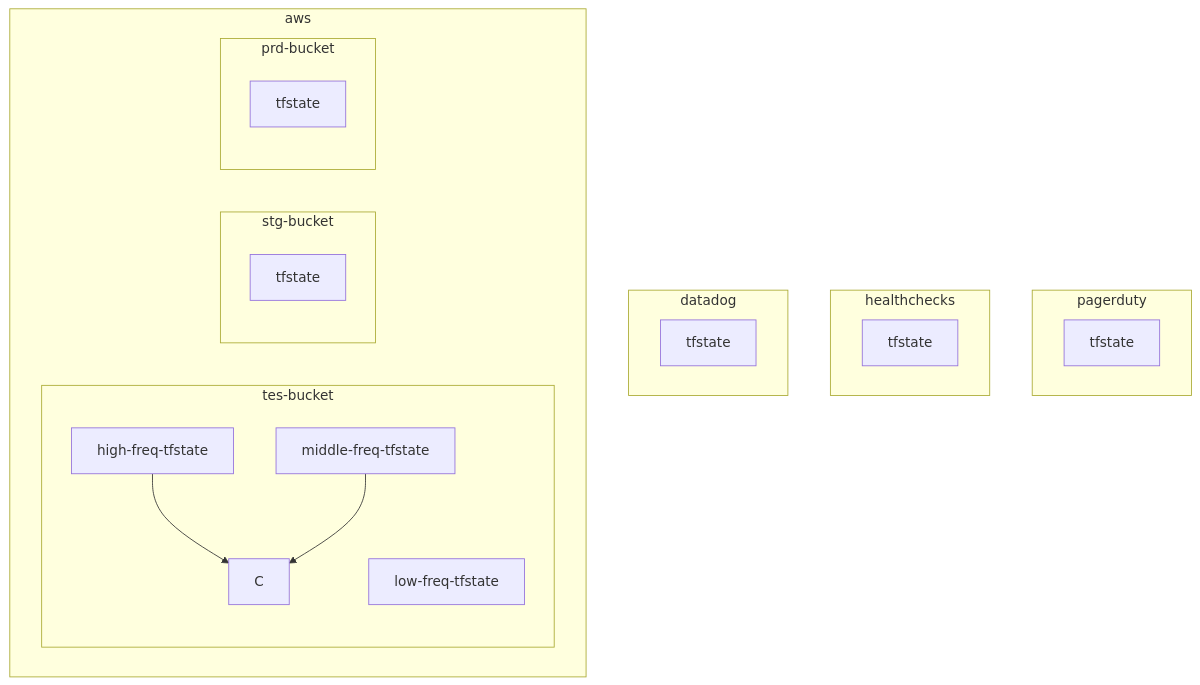
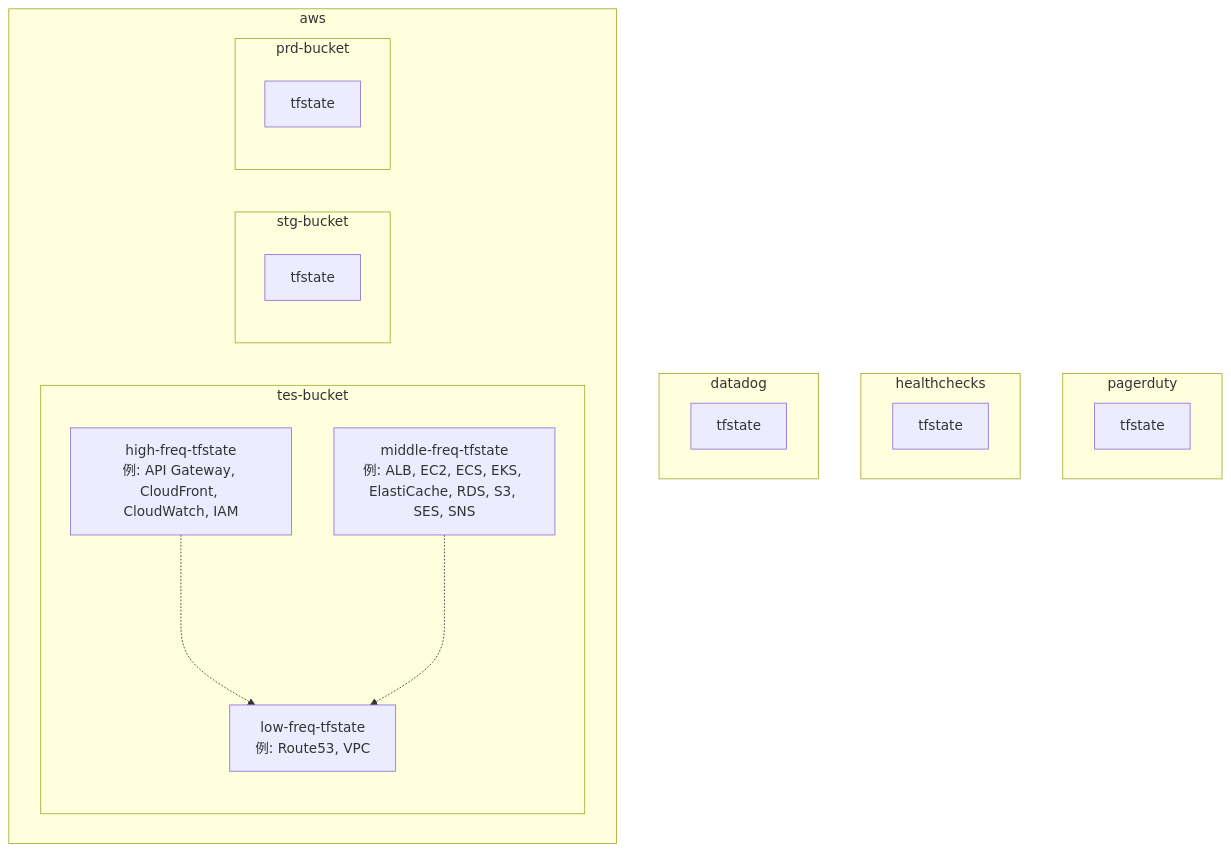
One commit to hiroki-it/tech-notebook changed the seventh of 8 diagrams in docs/infrastructure_as_code/infrastructure_as_code_terraform_policy_tfstate.md. Above: the diagram before and after it, drawn with Mermaid. The commit also changed other lines of this file and 2 other files, not shown here.

````diff
--- a/docs/infrastructure_as_code/infrastructure_as_code_terraform_policy_tfstate.md
+++ b/docs/infrastructure_as_code/infrastructure_as_code_terraform_policy_tfstate.md
@@ -909,25 +1141,28 @@
 ```mermaid
-graph TB
+
+%%{init:{'theme':'natural'}}%%
+flowchart TB
     subgraph pagerduty
         Pagerduty[tfstate]
     end
     subgraph healthchecks
         Healthchecks[tfstate]
     end
     subgraph datadog
         Datadog[tfstate]
     end
     subgraph aws
         subgraph tes-bucket
-            High[high-freq-tfstate]-->C
-            Middle[middle-freq-tfstate]-->C
-            Low[low-freq-tfstate]
+            High[high-freq-tfstate<br>例: API Gateway, CloudFront, CloudWatch, IAM]-..->Low
+            Middle[middle-freq-tfstate<br>例: ALB, EC2, ECS, EKS, ElastiCache, RDS, S3, SES, SNS]-..->Low
+            Low[low-freq-tfstate<br>例: Route53, VPC]
         end
     subgraph stg-bucket
         Stg[tfstate]
     end
     subgraph prd-bucket
         Prd[tfstate]
     end
     end
+
 ```
````
